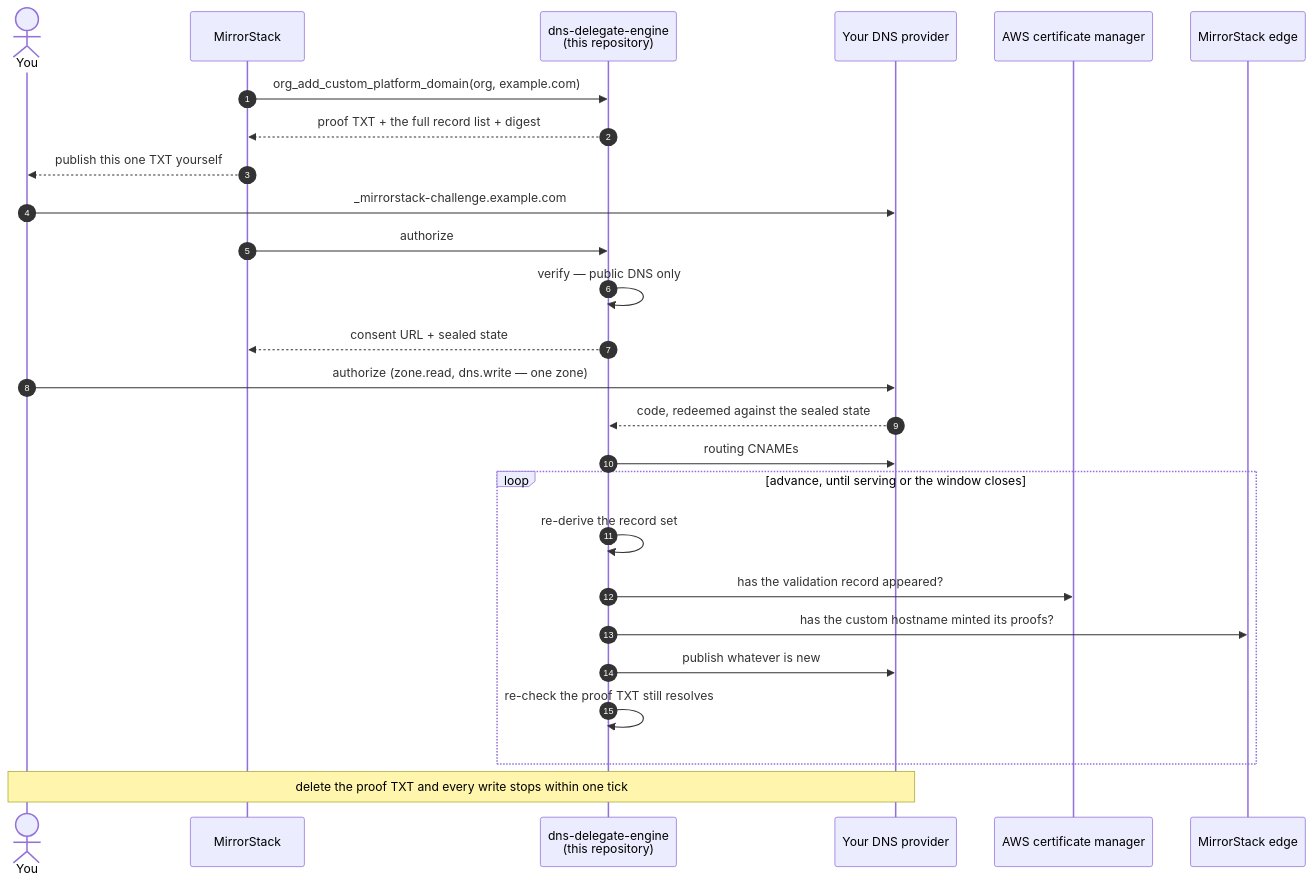
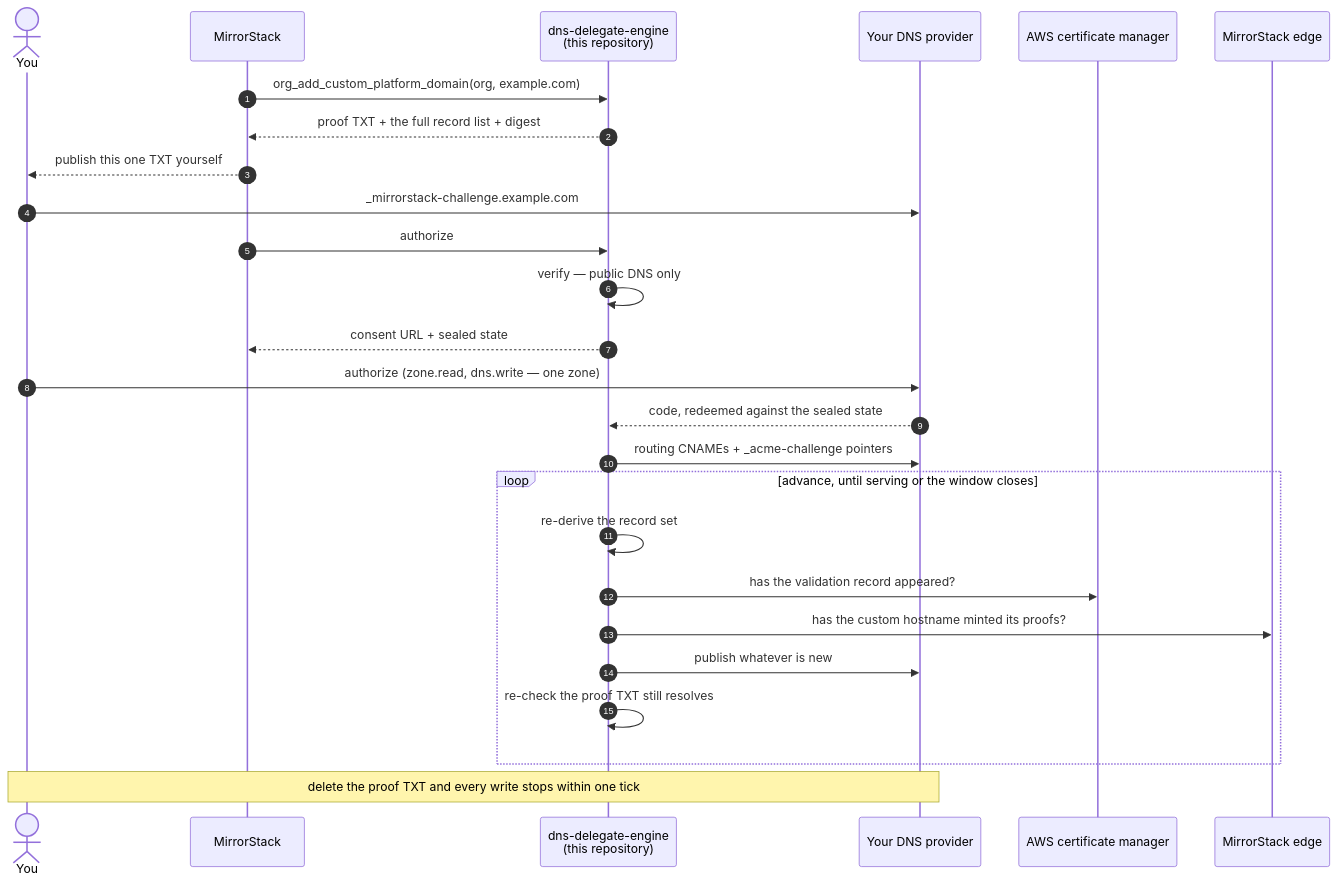
The diagram in docs/DESIGN.md (mirrorstack-ai/dns-delegate-engine), drawn with Mermaid before and after one commit. The commit also changed other lines of this file and 2 other files, not shown here.

````diff
--- a/docs/DESIGN.md
+++ b/docs/DESIGN.md
@@ -331,33 +344,33 @@
 ```mermaid
 sequenceDiagram
     autonumber
     actor You
     participant Console as MirrorStack
     participant Engine as dns-delegate-engine<br/>(this repository)
     participant CF as Your DNS provider
     participant ACM as AWS certificate manager
     participant Edge as MirrorStack edge
 
     Console->>Engine: org_add_custom_platform_domain(org, example.com)
     Engine-->>Console: proof TXT + the full record list + digest
     Console-->>You: publish this one TXT yourself
 
     You->>CF: _mirrorstack-challenge.example.com
     Console->>Engine: authorize
     Engine->>Engine: verify — public DNS only
     Engine-->>Console: consent URL + sealed state
 
     You->>CF: authorize (zone.read, dns.write — one zone)
     CF-->>Engine: code, redeemed against the sealed state
-    Engine->>CF: routing CNAMEs
+    Engine->>CF: routing CNAMEs + _acme-challenge pointers
 
     loop advance, until serving or the window closes
         Engine->>Engine: re-derive the record set
         Engine->>ACM: has the validation record appeared?
         Engine->>Edge: has the custom hostname minted its proofs?
         Engine->>CF: publish whatever is new
         Engine->>Engine: re-check the proof TXT still resolves
     end
 
     Note over You,CF: delete the proof TXT and every write stops within one tick
 ```
````
